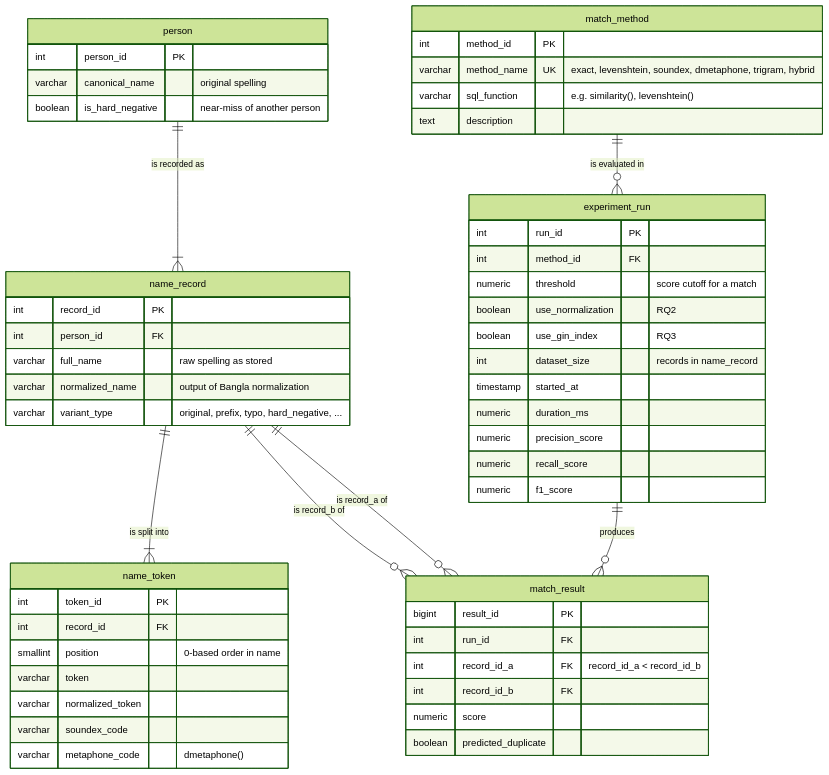
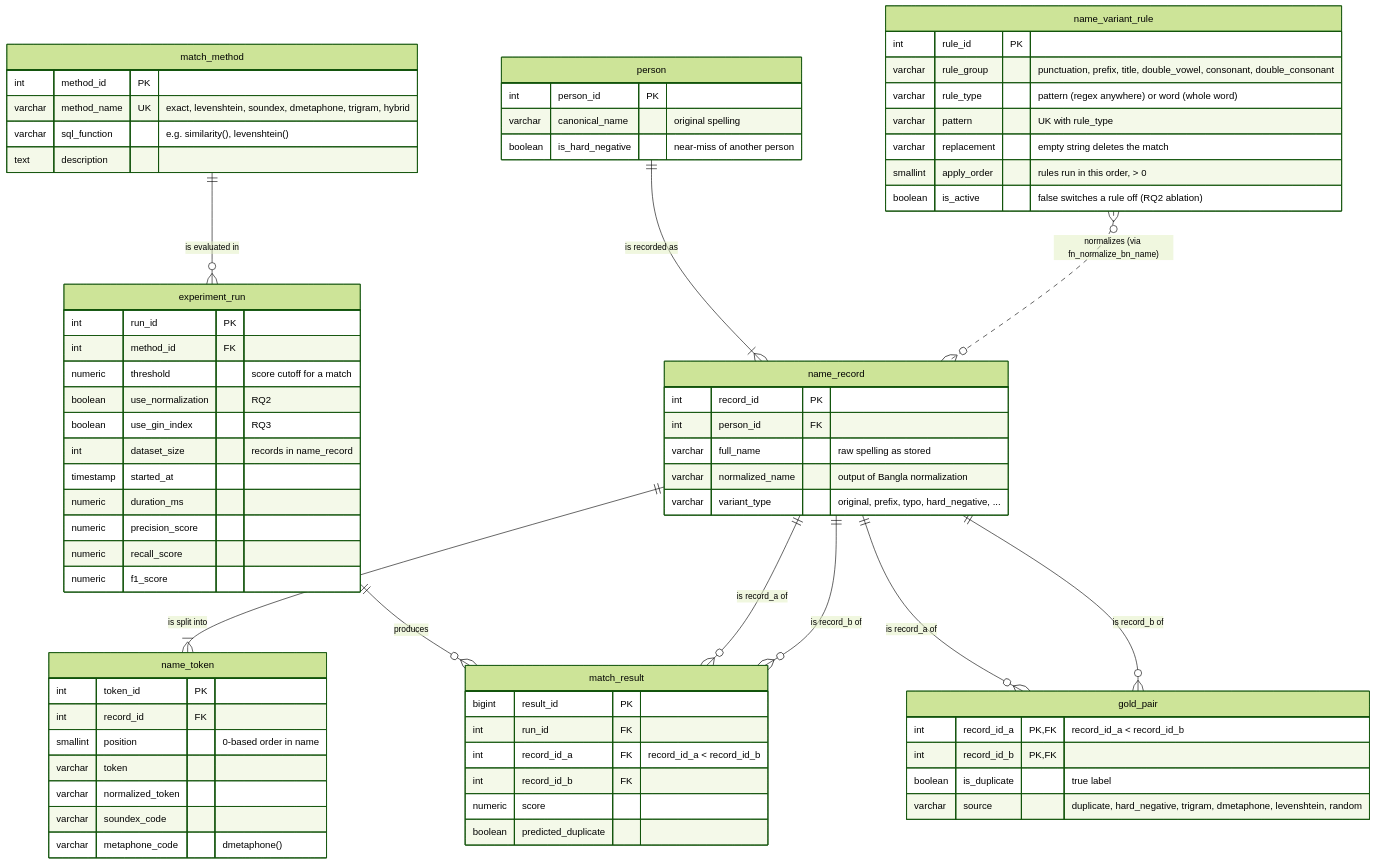
The diagram in docs/er_diagram.md (sourav7-1/Duplicate-Detection-for-Transliterated-Bangla-and-English-Names), drawn with Mermaid (forest theme) before and after one commit. The commit also changed other lines of this file and 59 other files, not shown here.

````diff
--- a/docs/er_diagram.md
+++ b/docs/er_diagram.md
@@ -8,6 +8,9 @@
     experiment_run ||--o{ match_result : "produces"
     name_record ||--o{ match_result : "is record_a of"
     name_record ||--o{ match_result : "is record_b of"
+    name_variant_rule }o..o{ name_record : "normalizes (via fn_normalize_bn_name)"
+    name_record ||--o{ gold_pair : "is record_a of"
+    name_record ||--o{ gold_pair : "is record_b of"
 
     person {
         int person_id PK
@@ -62,4 +65,21 @@
         numeric score
         boolean predicted_duplicate
     }
+
+    name_variant_rule {
+        int rule_id PK
+        varchar rule_group "punctuation, prefix, title, double_vowel, consonant, double_consonant"
+        varchar rule_type "pattern (regex anywhere) or word (whole word)"
+        varchar pattern "UK with rule_type"
+        varchar replacement "empty string deletes the match"
+        smallint apply_order "rules run in this order, > 0"
+        boolean is_active "false switches a rule off (RQ2 ablation)"
+    }
+
+    gold_pair {
+        int record_id_a PK, FK "record_id_a < record_id_b"
+        int record_id_b PK, FK
+        boolean is_duplicate "true label"
+        varchar source "duplicate, hard_negative, trigram, dmetaphone, levenshtein, random"
+    }
 ```
````
